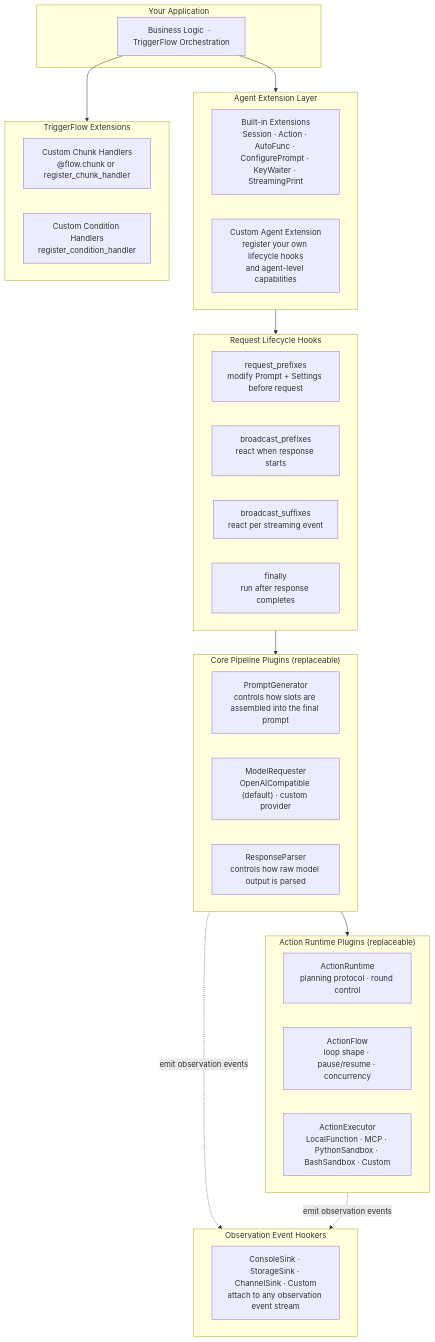
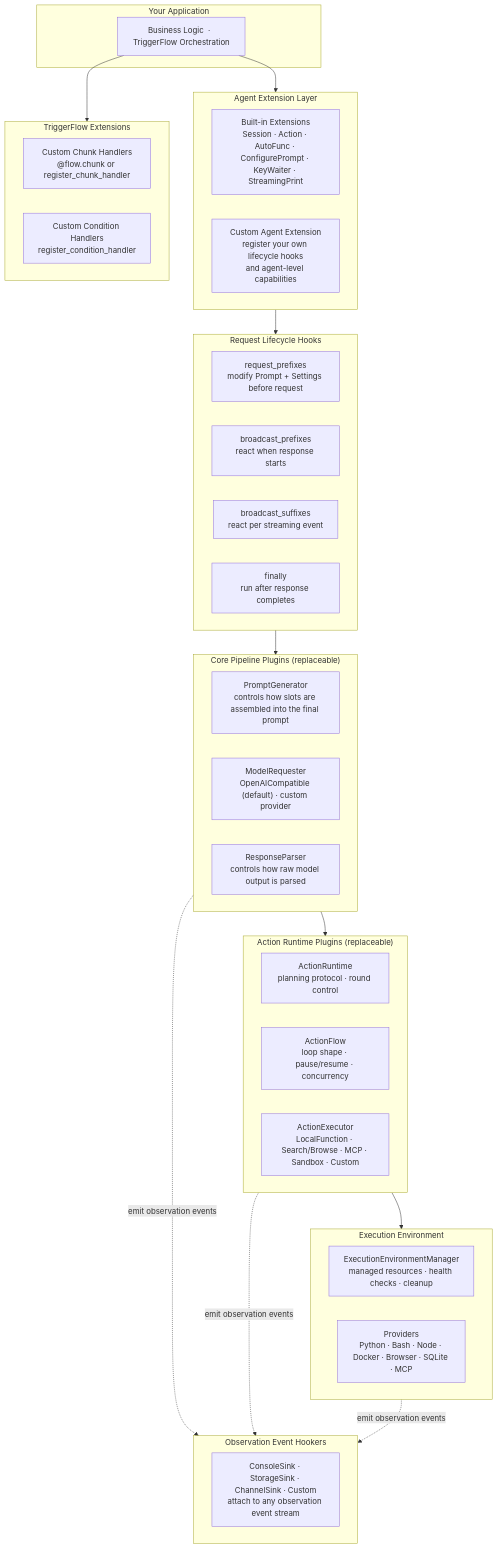
Before and after one commit to bit-cook/Agently: the fifth of 5 diagrams in README.md, drawn with Mermaid. The commit also changed other lines of this file and 5 other files, not shown here.

````diff
--- a/README.md
+++ b/README.md
@@ -506,47 +537,54 @@
 ```mermaid
 graph TB
     subgraph USER["Your Application"]
         App["Business Logic  ·  TriggerFlow Orchestration"]
     end
 
     subgraph AGENT_EXT["Agent Extension Layer"]
         AE["Built-in Extensions\nSession · Action · AutoFunc · ConfigurePrompt · KeyWaiter · StreamingPrint"]
         AEC["Custom Agent Extension\nregister your own lifecycle hooks\nand agent-level capabilities"]
     end
 
     subgraph HOOKS["Request Lifecycle Hooks"]
         H1["request_prefixes\nmodify Prompt + Settings before request"]
         H2["broadcast_prefixes\nreact when response starts"]
         H3["broadcast_suffixes\nreact per streaming event"]
         H4["finally\nrun after response completes"]
     end
 
     subgraph CORE_PIPELINE["Core Pipeline Plugins (replaceable)"]
         PG["PromptGenerator\ncontrols how slots are assembled into the final prompt"]
         MR["ModelRequester\nOpenAICompatible (default) · custom provider"]
         RP["ResponseParser\ncontrols how raw model output is parsed"]
     end
 
     subgraph ACTION_STACK["Action Runtime Plugins (replaceable)"]
         AR["ActionRuntime\nplanning protocol · round control"]
         AF["ActionFlow\nloop shape · pause/resume · concurrency"]
-        AX["ActionExecutor\nLocalFunction · MCP · PythonSandbox · BashSandbox · Custom"]
+        AX["ActionExecutor\nLocalFunction · Search/Browse · MCP · Sandbox · Custom"]
+    end
+
+    subgraph ENV_STACK["Execution Environment"]
+        EE["ExecutionEnvironmentManager\nmanaged resources · health checks · cleanup"]
+        EP["Providers\nPython · Bash · Node · Docker · Browser · SQLite · MCP"]
     end
 
     subgraph TF_EXT["TriggerFlow Extensions"]
         TC["Custom Chunk Handlers\n@flow.chunk or register_chunk_handler"]
         TCC["Custom Condition Handlers\nregister_condition_handler"]
     end
 
     subgraph HOOKERS["Observation Event Hookers"]
         RH["ConsoleSink · StorageSink · ChannelSink · Custom\nattach to any observation event stream"]
     end
 
     App --> AGENT_EXT
     AGENT_EXT --> HOOKS
     HOOKS --> CORE_PIPELINE
     CORE_PIPELINE --> ACTION_STACK
+    ACTION_STACK --> ENV_STACK
     App --> TF_EXT
     CORE_PIPELINE -.->|"emit observation events"| HOOKERS
     ACTION_STACK -.->|"emit observation events"| HOOKERS
+    ENV_STACK -.->|"emit observation events"| HOOKERS
 ```
````
